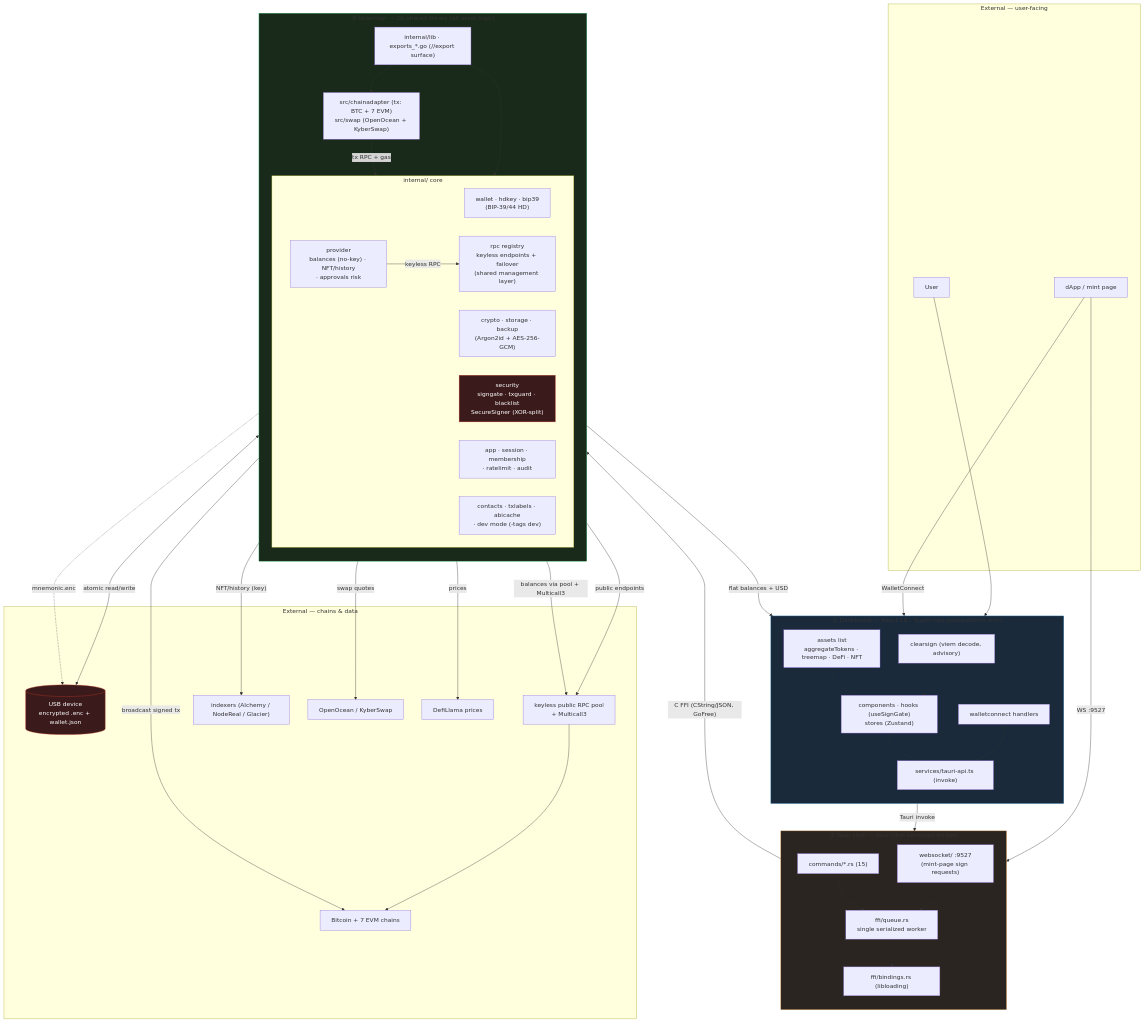
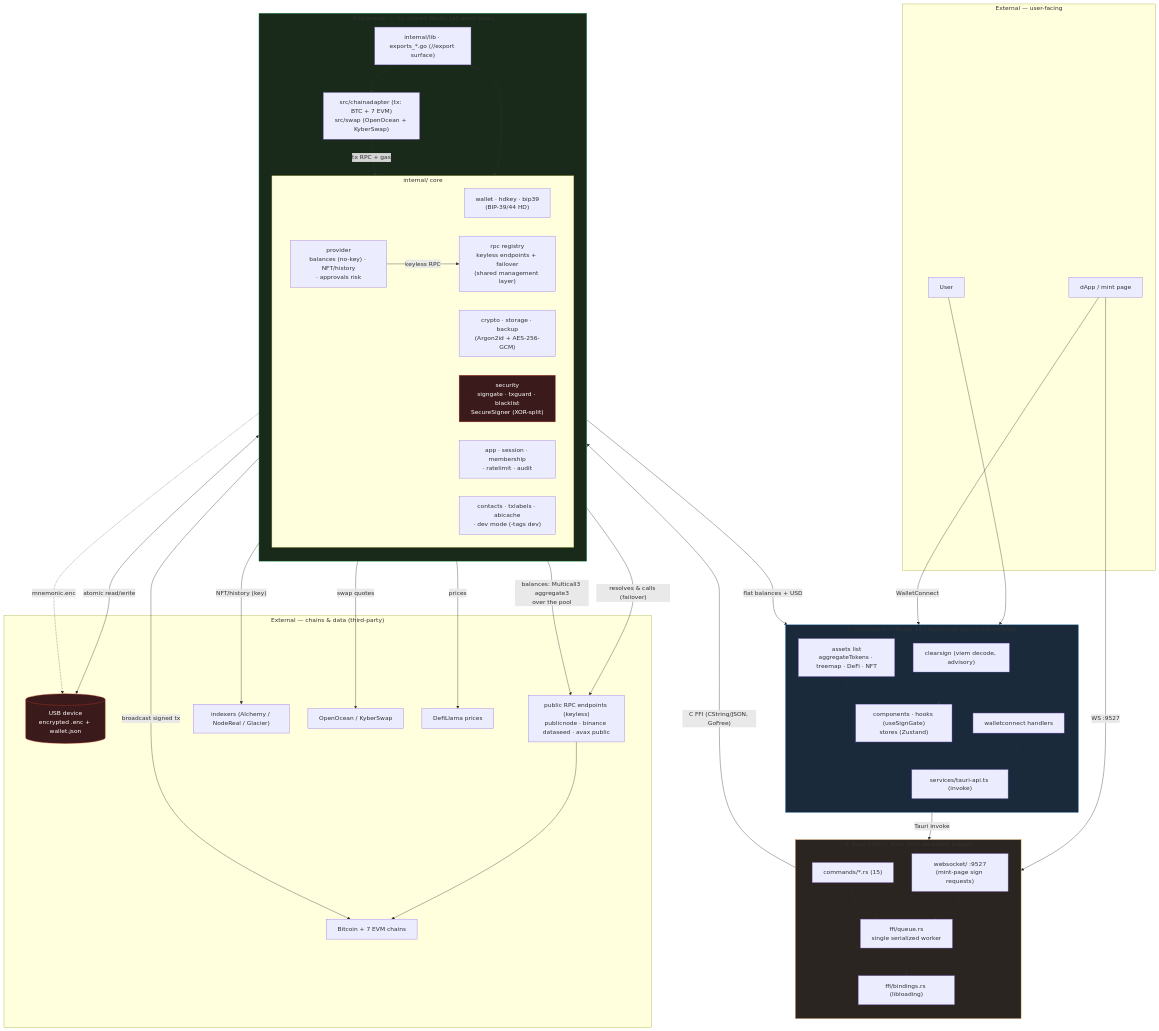
Before and after one commit to arcsignio/arcsign: the first of 6 diagrams in docs/architecture.md, drawn with Mermaid.

Commit message:
docs(architecture): 總覽圖 external 明確標公開 RPC 端點
external 那顆 RPC 節點原本寫「keyless public RPC pool + Multicall3」，把
Multicall3（我們 internal/provider 的呼叫手法）跟外部端點混在一起，讓「公開
RPC」這個外部節點不清楚。改為：
- external 節點 = 純公開 RPC 端點（keyless）：publicnode · binance dataseed
  · avax public（真正的第三方 node）
- Multicall3 aggregate3 移到 provider→rpc 的邊（那是我們怎麼用那些端點，非外部物）

以真 mermaid v11 parse 驗證渲染通過。

```diff
--- a/docs/architecture.md
+++ b/docs/architecture.md
@@ -79,9 +79,9 @@
         mods -->|"tx RPC + gas"| rpcreg
     end
 
-    subgraph extworld["External — chains & data"]
+    subgraph extworld["External — chains & data (third-party)"]
         usb[("USB device<br/>encrypted .enc + wallet.json")]
-        rpc["keyless public RPC pool<br/>+ Multicall3"]
+        rpc["public RPC endpoints (keyless)<br/>publicnode · binance dataseed · avax public"]
         idx["indexers (Alchemy / NodeReal / Glacier)"]
         chains["Bitcoin + 7 EVM chains"]
         dex["OpenOcean / KyberSwap"]
@@ -97,8 +97,8 @@
 
     crypto <-->|"atomic read/write"| usb
     wallet -.->|"mnemonic.enc"| usb
-    rpcreg -->|"public endpoints"| rpc
-    provider -->|"balances via pool + Multicall3"| rpc
+    rpcreg -->|"resolves & calls (failover)"| rpc
+    provider -->|"balances: Multicall3 aggregate3<br/>over the pool"| rpc
     provider -->|"NFT/history (key)"| idx
     provider -->|"prices"| prices
     provider -->|"flat balances + USD"| assets
```
